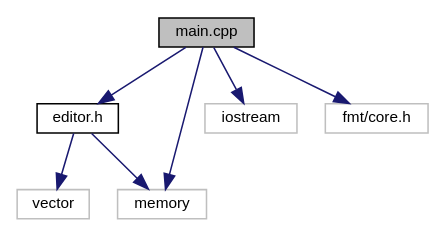
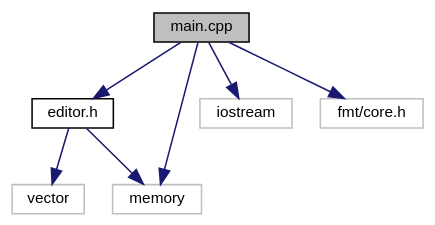
Before and after one commit to marisarze/otus_cpp_development_principles: the diagram in da/dce/main_8cpp__incl.dot, drawn with Graphviz. The commit also changed 82 other files, not shown here.

```diff
--- a/da/dce/main_8cpp__incl.dot
+++ b/da/dce/main_8cpp__incl.dot
@@ -1,19 +1,20 @@
 digraph "main.cpp"
 {
  // INTERACTIVE_SVG=YES
  // LATEX_PDF_SIZE
+  bgcolor="transparent";
   edge [fontname="Helvetica",fontsize="10",labelfontname="Helvetica",labelfontsize="10"];
   node [fontname="Helvetica",fontsize="10",shape=record];
   Node1 [label="main.cpp",height=0.2,width=0.4,color="black", fillcolor="grey75", style="filled", fontcolor="black",tooltip=" "];
   Node1 -> Node2 [color="midnightblue",fontsize="10",style="solid",fontname="Helvetica"];
-  Node2 [label="editor.h",height=0.2,width=0.4,color="black", fillcolor="white", style="filled",URL="$dd/d60/editor_8h.html",tooltip=" "];
+  Node2 [label="editor.h",height=0.2,width=0.4,color="black",URL="$dd/d60/editor_8h.html",tooltip=" "];
   Node2 -> Node3 [color="midnightblue",fontsize="10",style="solid",fontname="Helvetica"];
-  Node3 [label="vector",height=0.2,width=0.4,color="grey75", fillcolor="white", style="filled",tooltip=" "];
+  Node3 [label="vector",height=0.2,width=0.4,color="grey75",tooltip=" "];
   Node2 -> Node4 [color="midnightblue",fontsize="10",style="solid",fontname="Helvetica"];
-  Node4 [label="memory",height=0.2,width=0.4,color="grey75", fillcolor="white", style="filled",tooltip=" "];
+  Node4 [label="memory",height=0.2,width=0.4,color="grey75",tooltip=" "];
   Node1 -> Node5 [color="midnightblue",fontsize="10",style="solid",fontname="Helvetica"];
-  Node5 [label="iostream",height=0.2,width=0.4,color="grey75", fillcolor="white", style="filled",tooltip=" "];
+  Node5 [label="iostream",height=0.2,width=0.4,color="grey75",tooltip=" "];
   Node1 -> Node4 [color="midnightblue",fontsize="10",style="solid",fontname="Helvetica"];
   Node1 -> Node6 [color="midnightblue",fontsize="10",style="solid",fontname="Helvetica"];
-  Node6 [label="fmt/core.h",height=0.2,width=0.4,color="grey75", fillcolor="white", style="filled",tooltip=" "];
+  Node6 [label="fmt/core.h",height=0.2,width=0.4,color="grey75",tooltip=" "];
 }
```
